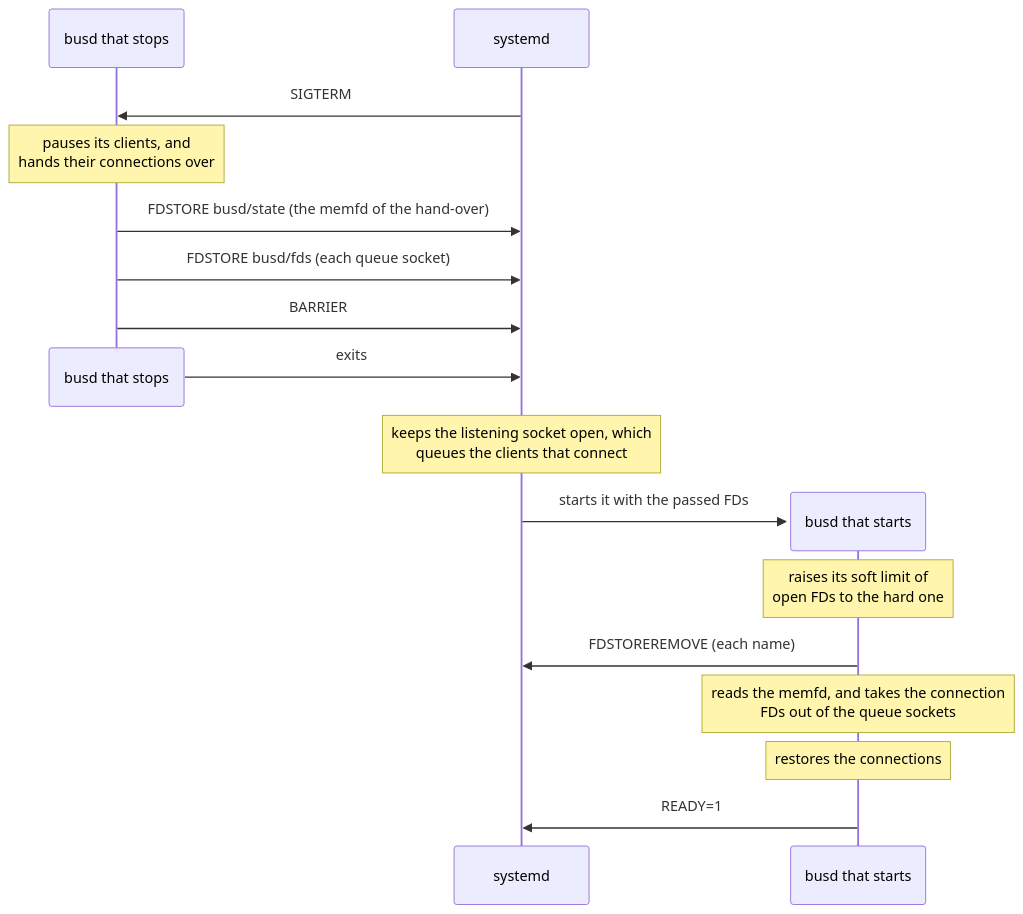
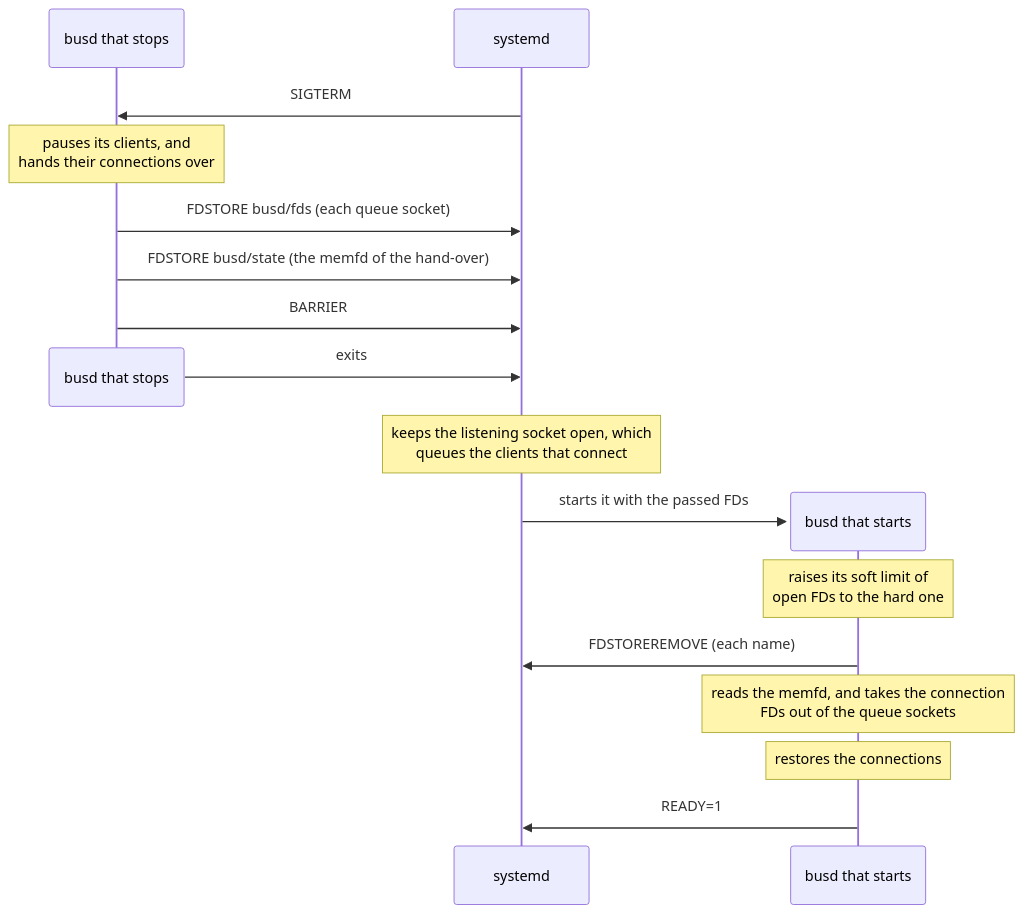
Before and after one commit to z-galaxy/busd: the diagram in src/bus/systemd/restart.mmd, drawn with Mermaid. The commit also changed other lines of this file and 6 other files, not shown here.

```diff
--- a/src/bus/systemd/restart.mmd
+++ b/src/bus/systemd/restart.mmd
@@ -1,18 +1,18 @@
 sequenceDiagram
     participant old as busd that stops
     participant systemd
     systemd->>old: SIGTERM
     Note over old: pauses its clients, and<br/>hands their connections over
+    old->>systemd: FDSTORE busd/fds (each queue socket)
     old->>systemd: FDSTORE busd/state (the memfd of the hand-over)
-    old->>systemd: FDSTORE busd/fds (each queue socket)
     old->>systemd: BARRIER
     destroy old
     old->>systemd: exits
     Note over systemd: keeps the listening socket open, which<br/>queues the clients that connect
     create participant new as busd that starts
     systemd->>new: starts it with the passed FDs
     Note over new: raises its soft limit of<br/>open FDs to the hard one
     new->>systemd: FDSTOREREMOVE (each name)
     Note over new: reads the memfd, and takes the connection<br/>FDs out of the queue sockets
     Note over new: restores the connections
     new->>systemd: READY=1
```
